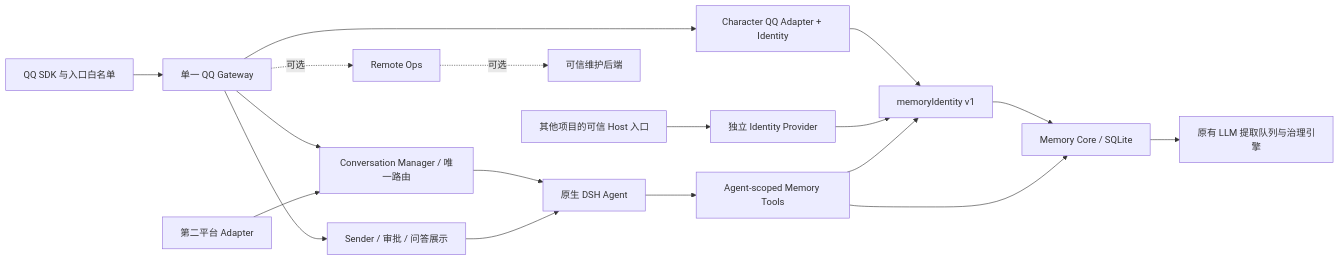
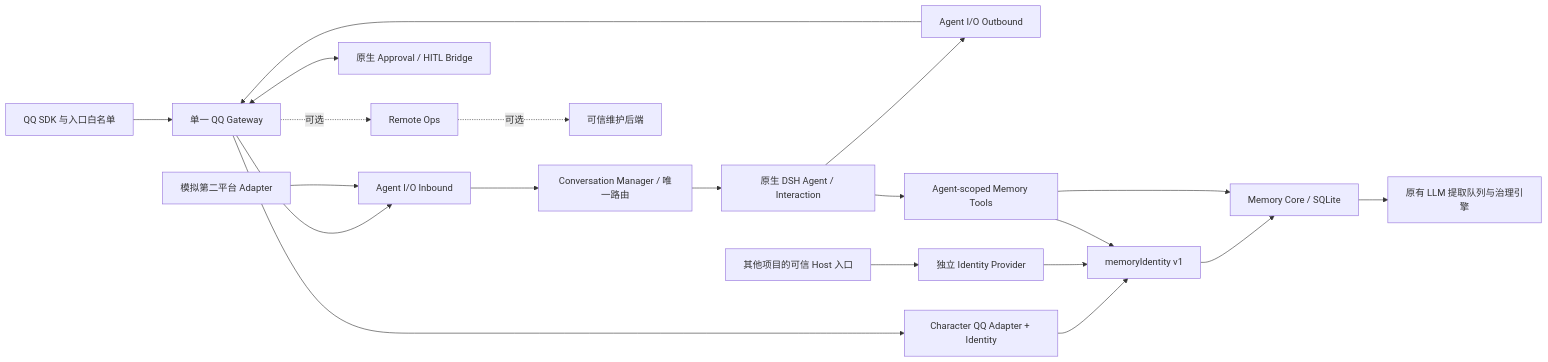
One commit to EJYDOvO/character-agent-v1 changed the diagram in docs/ARCHITECTURE.md. Above: the diagram before and after it, drawn with Mermaid. The commit also changed other lines of this file and 8 other files, not shown here.

````diff
--- a/docs/ARCHITECTURE.md
+++ b/docs/ARCHITECTURE.md
@@ -34,20 +63,22 @@
 ```mermaid
 flowchart LR
   QQ[QQ SDK 与入口白名单] --> G[单一 QQ Gateway]
-  G --> S[Sender / 审批 / 问答展示]
-  G --> CM[Conversation Manager / 唯一路由]
-  P[第二平台 Adapter] --> CM
-  CM --> A
-  S --> A[原生 DSH Agent]
+  G --> IN[Agent I/O Inbound]
+  P[模拟第二平台 Adapter] --> IN
+  IN --> CM[Conversation Manager / 唯一路由]
+  CM --> A[原生 DSH Agent / Interaction]
+  A --> OUT[Agent I/O Outbound]
+  OUT --> G
+  G <--> H[原生 Approval / HITL Bridge]
   G -.可选.-> O[Remote Ops]
   O -.可选.-> M[可信维护后端]
   G --> CI[Character QQ Adapter + Identity]
   L[其他项目的可信 Host 入口] --> LI[独立 Identity Provider]
   CI --> I[memoryIdentity v1]
   LI --> I
   I --> C[Memory Core / SQLite]
   A --> T[Agent-scoped Memory Tools]
   T --> I
   T --> C
   C --> E[原有 LLM 提取队列与治理引擎]
 ```
````
